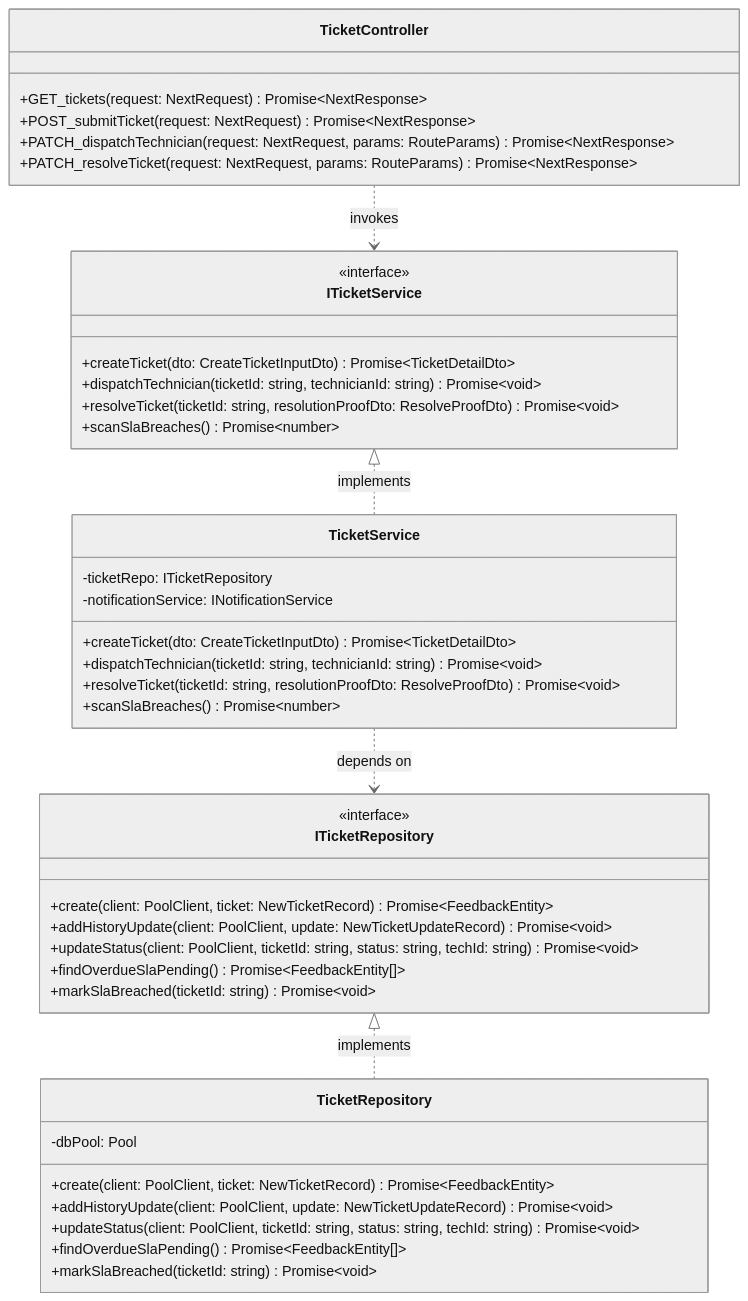
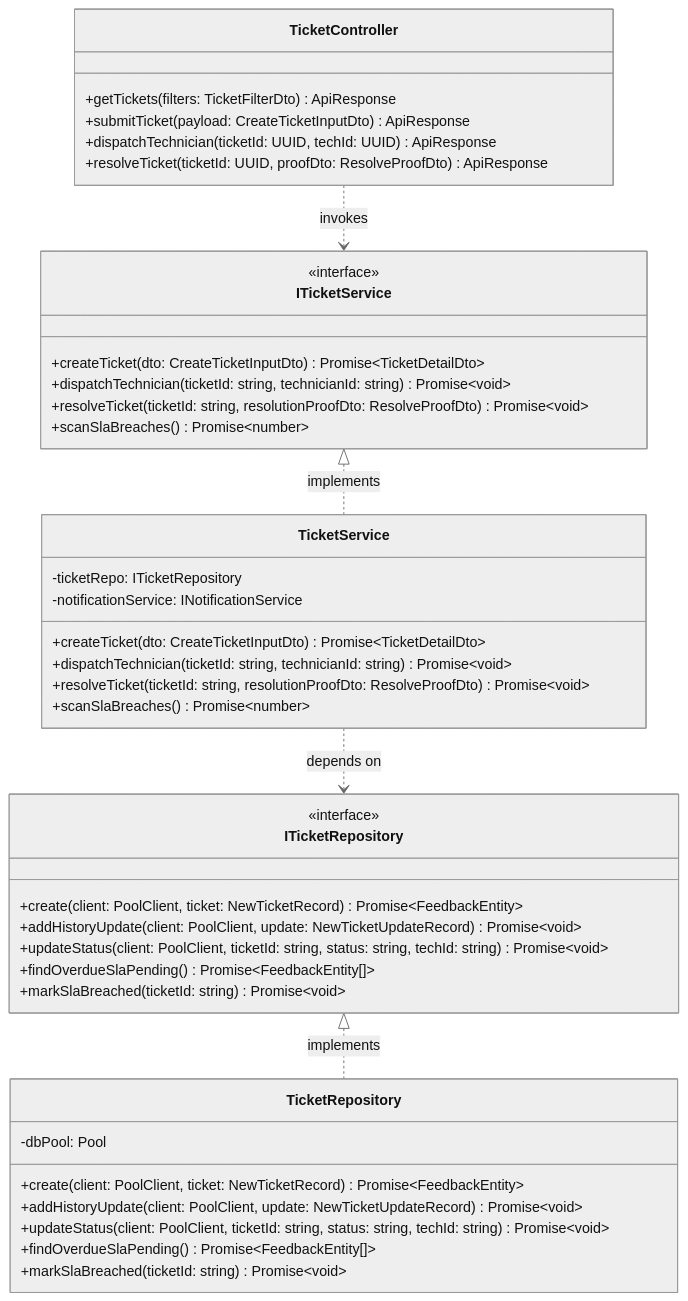
Before and after one commit to QuanAnh280605/NguyenAnhQuan-Household-Management: the fourth of 8 diagrams in docs/DETAILED_CLASS_AND_SEQUENCE_DIAGRAMS.md, drawn with Mermaid (neutral theme). The commit also changed other lines of this file and 7 other files, not shown here.

Commit message:
docs: synchronize architecture specifications, dual-mode ingress diagrams, and ADR-0009 index

````diff
--- a/docs/DETAILED_CLASS_AND_SEQUENCE_DIAGRAMS.md
+++ b/docs/DETAILED_CLASS_AND_SEQUENCE_DIAGRAMS.md
@@ -332,52 +332,52 @@
 ```mermaid
 classDiagram
-    %% PRESENTATION TIER
+    %% PRESENTATION TIER (FASTAPI INGRESS / REST CONTROLLER)
     class TicketController {
-        +GET_tickets(request: NextRequest) Promise~NextResponse~
-        +POST_submitTicket(request: NextRequest) Promise~NextResponse~
-        +PATCH_dispatchTechnician(request: NextRequest, params: RouteParams) Promise~NextResponse~
-        +PATCH_resolveTicket(request: NextRequest, params: RouteParams) Promise~NextResponse~
+        +getTickets(filters: TicketFilterDto) ApiResponse
+        +submitTicket(payload: CreateTicketInputDto) ApiResponse
+        +dispatchTechnician(ticketId: UUID, techId: UUID) ApiResponse
+        +resolveTicket(ticketId: UUID, proofDto: ResolveProofDto) ApiResponse
     }
 
     %% BUSINESS LOGIC TIER
     class ITicketService {
         <<interface>>
         +createTicket(dto: CreateTicketInputDto) Promise~TicketDetailDto~
         +dispatchTechnician(ticketId: string, technicianId: string) Promise~void~
         +resolveTicket(ticketId: string, resolutionProofDto: ResolveProofDto) Promise~void~
         +scanSlaBreaches() Promise~number~
     }
 
     class TicketService {
         -ticketRepo: ITicketRepository
         -notificationService: INotificationService
         +createTicket(dto: CreateTicketInputDto) Promise~TicketDetailDto~
         +dispatchTechnician(ticketId: string, technicianId: string) Promise~void~
         +resolveTicket(ticketId: string, resolutionProofDto: ResolveProofDto) Promise~void~
         +scanSlaBreaches() Promise~number~
     }
 
     %% DATA ACCESS TIER
     class ITicketRepository {
         <<interface>>
         +create(client: PoolClient, ticket: NewTicketRecord) Promise~FeedbackEntity~
         +addHistoryUpdate(client: PoolClient, update: NewTicketUpdateRecord) Promise~void~
         +updateStatus(client: PoolClient, ticketId: string, status: string, techId: string) Promise~void~
         +findOverdueSlaPending() Promise~FeedbackEntity[]~
         +markSlaBreached(ticketId: string) Promise~void~
     }
 
     class TicketRepository {
         -dbPool: Pool
         +create(client: PoolClient, ticket: NewTicketRecord) Promise~FeedbackEntity~
         +addHistoryUpdate(client: PoolClient, update: NewTicketUpdateRecord) Promise~void~
         +updateStatus(client: PoolClient, ticketId: string, status: string, techId: string) Promise~void~
         +findOverdueSlaPending() Promise~FeedbackEntity[]~
         +markSlaBreached(ticketId: string) Promise~void~
     }
 
     TicketController ..> ITicketService : invokes
     ITicketService <|.. TicketService : implements
     TicketService ..> ITicketRepository : depends on
     ITicketRepository <|.. TicketRepository : implements
 ```
````
